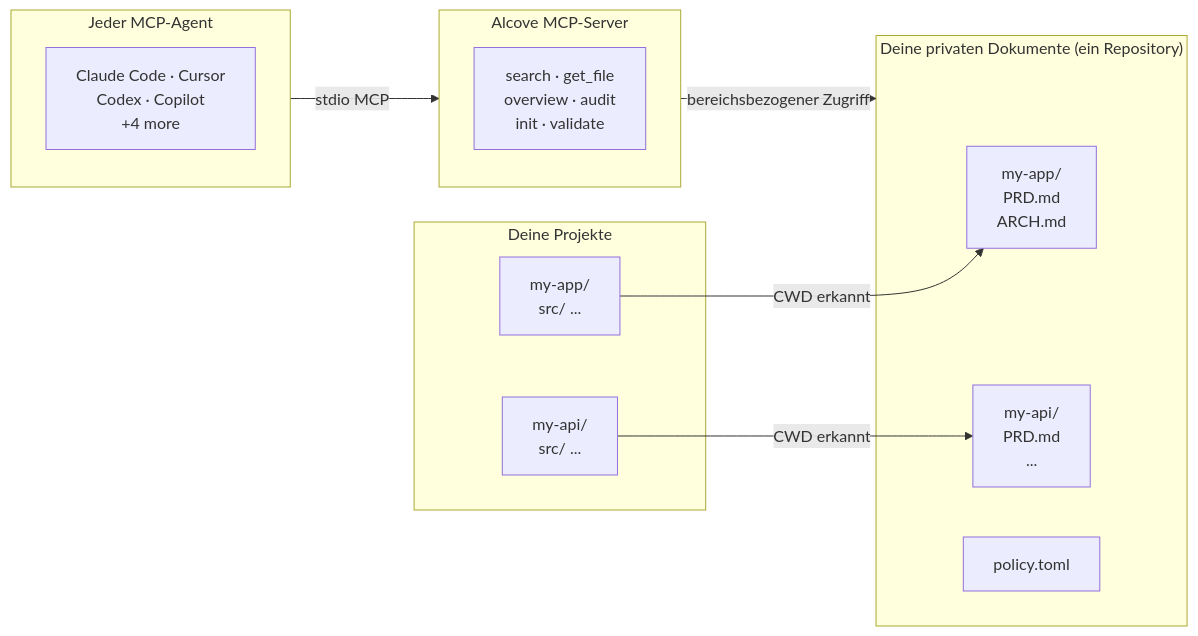
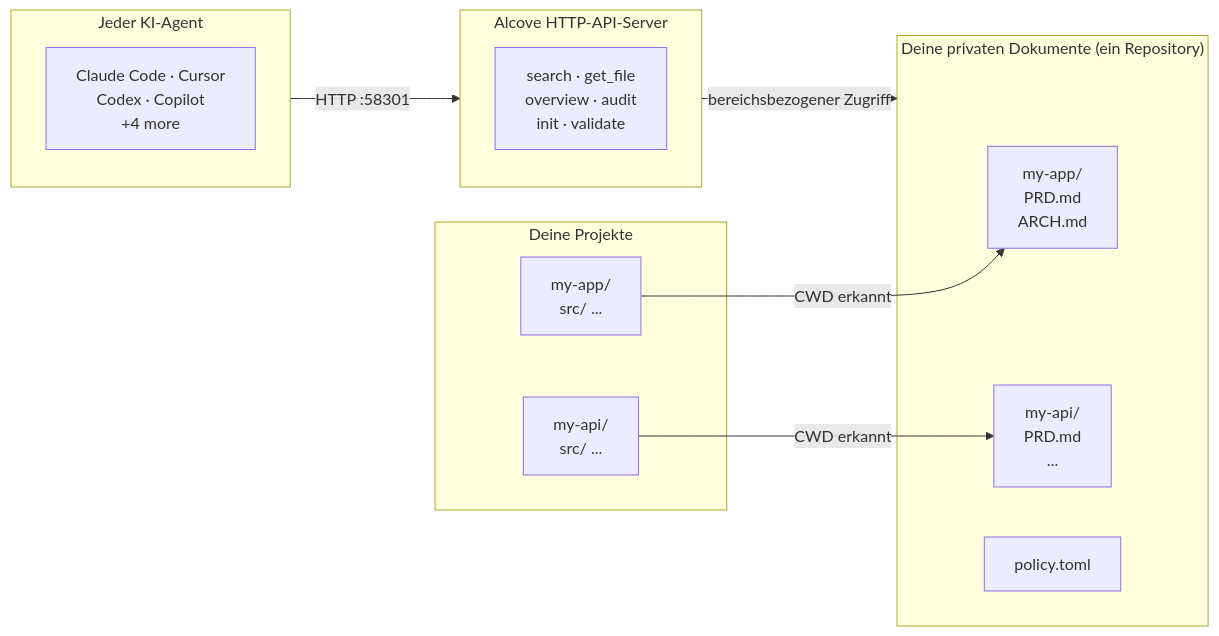
One commit to epicsagas/alcove changed the diagram in docs/README.de.md. Above: the diagram before and after it, drawn with Mermaid. The commit also changed other lines of this file and 11 other files, not shown here.

Commit message:
fix(skill): rename MCP section to API Proxy

````diff
--- a/docs/README.de.md
+++ b/docs/README.de.md
@@ -286,26 +288,26 @@
 ```mermaid
 flowchart LR
     subgraph Projects["Deine Projekte"]
         A1["my-app/\n  src/ ..."]
         A2["my-api/\n  src/ ..."]
     end
 
     subgraph Docs["Deine privaten Dokumente (ein Repository)"]
         D1["my-app/\n  PRD.md\n  ARCH.md"]
         D2["my-api/\n  PRD.md\n  ..."]
         P1["policy.toml"]
     end
 
-    subgraph Agents["Jeder MCP-Agent"]
+    subgraph Agents["Jeder KI-Agent"]
         AG["Claude Code · Cursor\nCodex · Copilot\n+4 more"]
     end
 
-    subgraph MCP["Alcove MCP-Server"]
+    subgraph API["Alcove HTTP-API-Server"]
         T["search · get_file\noverview · audit\ninit · validate"]
     end
 
     A1 -- "CWD erkannt" --> D1
     A2 -- "CWD erkannt" --> D2
-    Agents -- "stdio MCP" --> MCP
-    MCP -- "bereichsbezogener Zugriff" --> Docs
+    Agents -- "HTTP :58301" --> API
+    API -- "bereichsbezogener Zugriff" --> Docs
 ```
````
